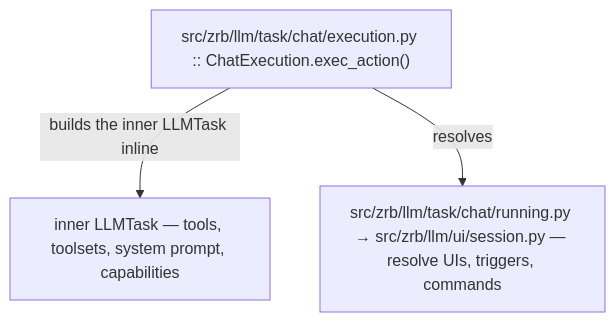
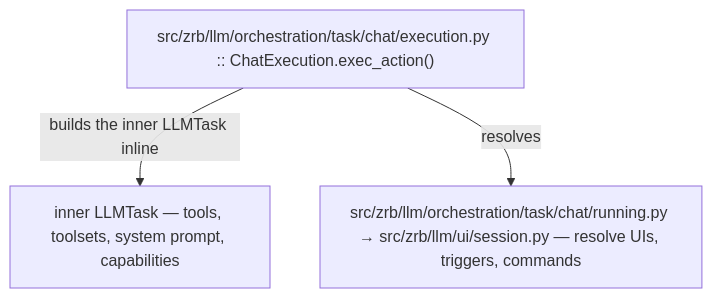
One commit to state-alchemists/zrb changed the third of 7 diagrams in docs/llm/llm-chat-lifecycle.md. Above: the diagram before and after it, drawn with Mermaid. The commit also changed other lines of this file and 273 other files, not shown here.

````diff
--- a/docs/llm/llm-chat-lifecycle.md
+++ b/docs/llm/llm-chat-lifecycle.md
@@ -57,6 +57,6 @@
 ```mermaid
 flowchart TD
-    Exec["src/zrb/llm/task/chat/execution.py :: ChatExecution.exec_action()"]
+    Exec["src/zrb/llm/orchestration/task/chat/execution.py :: ChatExecution.exec_action()"]
     Exec -->|builds the inner LLMTask inline| Build["inner LLMTask — tools, toolsets, system prompt, capabilities"]
-    Exec -->|resolves| Running["src/zrb/llm/task/chat/running.py → src/zrb/llm/ui/session.py — resolve UIs, triggers, commands"]
+    Exec -->|resolves| Running["src/zrb/llm/orchestration/task/chat/running.py → src/zrb/llm/ui/session.py — resolve UIs, triggers, commands"]
 ```
````
